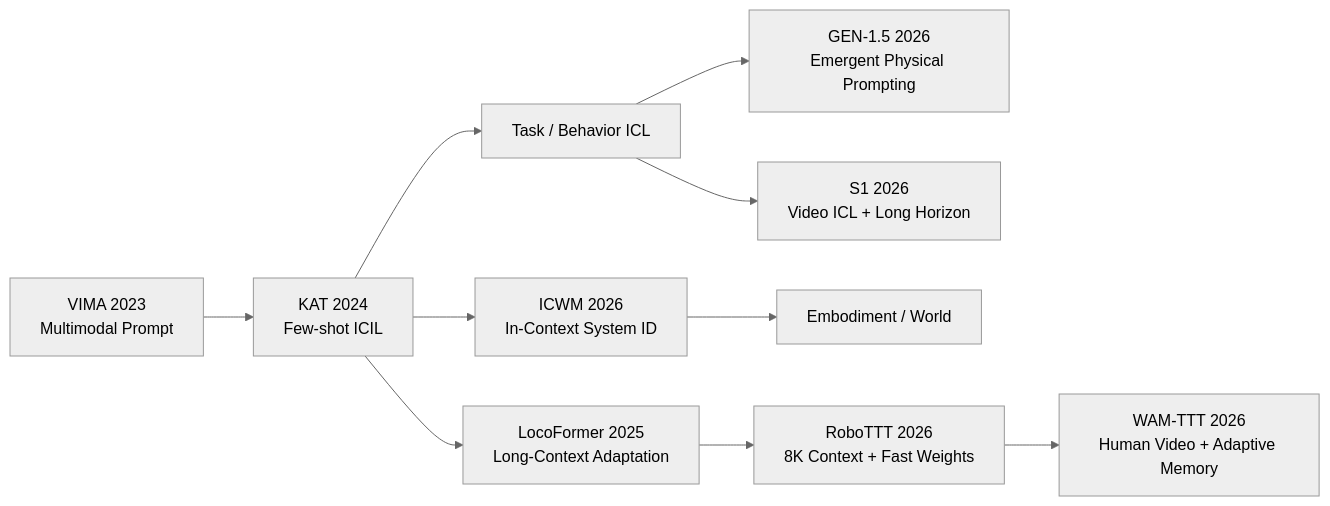
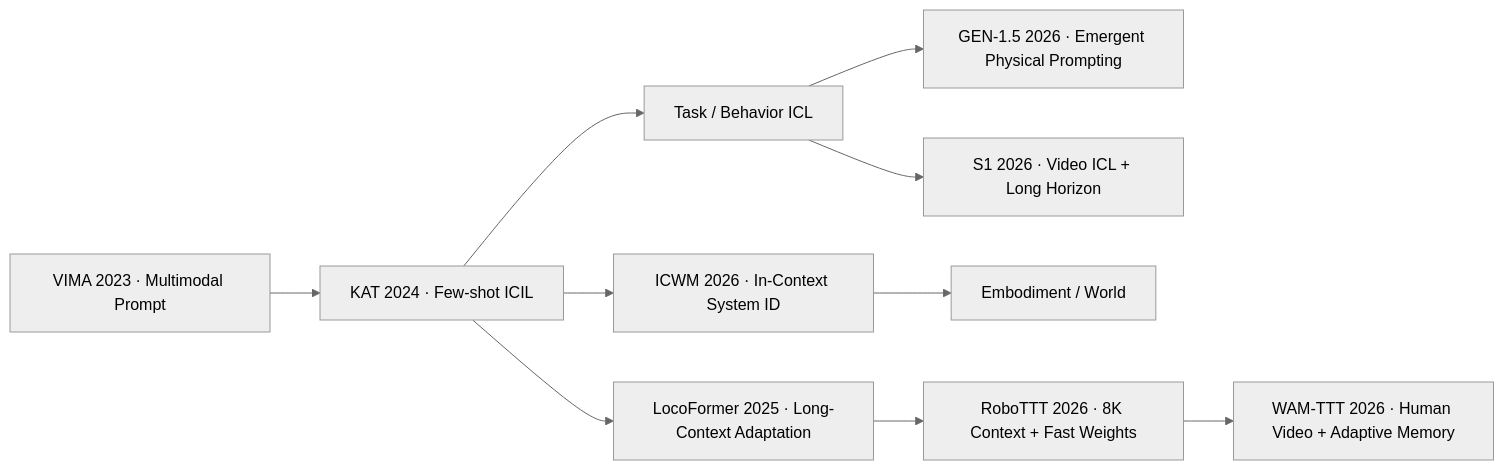
Before and after one commit to ImChong/Robotics_Notebooks: the second of 2 diagrams in wiki/concepts/robot-in-context-learning.md, drawn with Mermaid (neutral theme). The commit also changed other lines of this file and 73 other files, not shown here.

````diff
--- a/wiki/concepts/robot-in-context-learning.md
+++ b/wiki/concepts/robot-in-context-learning.md
@@ -138,12 +152,12 @@
 ```mermaid
 flowchart LR
-  V[VIMA 2023<br/>Multimodal Prompt] --> K[KAT 2024<br/>Few-shot ICIL]
-  K --> T[Task / Behavior ICL]
-  T --> G[GEN-1.5 2026<br/>Emergent Physical Prompting]
-  T --> S[S1 2026<br/>Video ICL + Long Horizon]
-  K --> I[ICWM 2026<br/>In-Context System ID]
-  I --> E[Embodiment / World]
-  K --> L[LocoFormer 2025<br/>Long-Context Adaptation]
-  L --> R[RoboTTT 2026<br/>8K Context + Fast Weights]
-  R --> W[WAM-TTT 2026<br/>Human Video + Adaptive Memory]
+  V["VIMA 2023 · Multimodal Prompt"] --> K["KAT 2024 · Few-shot ICIL"]
+  K --> T["Task / Behavior ICL"]
+  T --> G["GEN-1.5 2026 · Emergent Physical Prompting"]
+  T --> S["S1 2026 · Video ICL + Long Horizon"]
+  K --> I["ICWM 2026 · In-Context System ID"]
+  I --> E["Embodiment / World"]
+  K --> L["LocoFormer 2025 · Long-Context Adaptation"]
+  L --> R["RoboTTT 2026 · 8K Context + Fast Weights"]
+  R --> W["WAM-TTT 2026 · Human Video + Adaptive Memory"]
 ```
````
